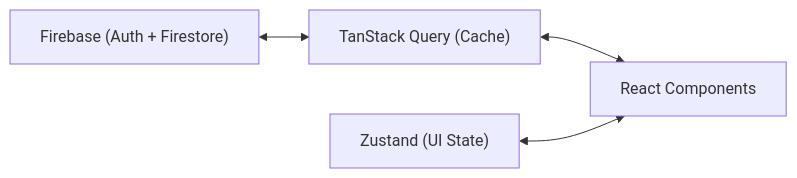
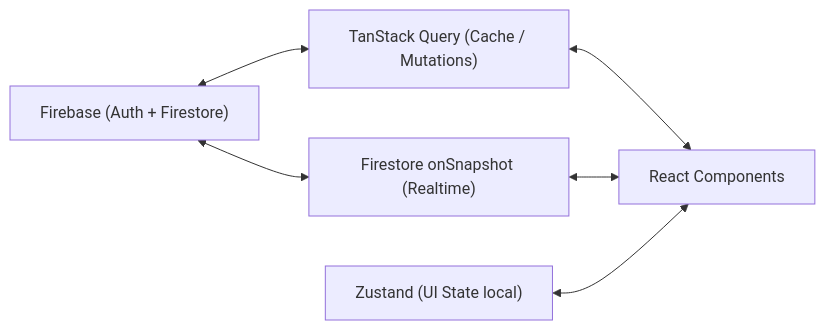
The diagram in Documentación/09_Contexto_del_sistema.md (gianniperez/tripio), drawn with Mermaid before and after one commit. The commit also changed other lines of this file and 75 other files, not shown here.

````diff
--- a/Documentación/09_Contexto_del_sistema.md
+++ b/Documentación/09_Contexto_del_sistema.md
@@ -31,6 +18,8 @@
 ```mermaid
 flowchart LR
-    Firebase["Firebase (Auth + Firestore)"] <--> TQ["TanStack Query (Cache)"]
+    Firebase["Firebase (Auth + Firestore)"] <--> TQ["TanStack Query (Cache / Mutations)"]
+    Firebase <--> Snapshot["Firestore onSnapshot (Realtime)"]
     TQ <--> Components["React Components"]
-    Zustand["Zustand (UI State)"] <--> Components
+    Snapshot <--> Components
+    Zustand["Zustand (UI State local)"] <--> Components
 ```
````
